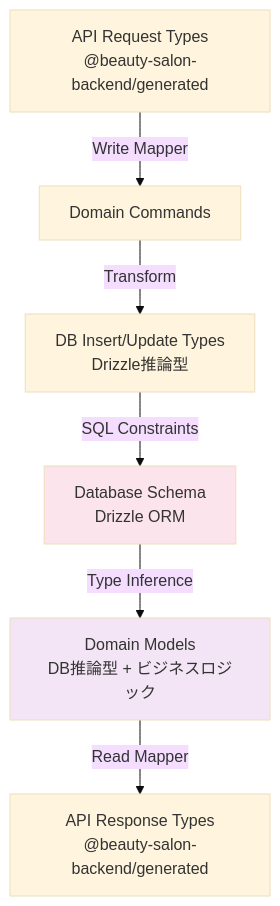
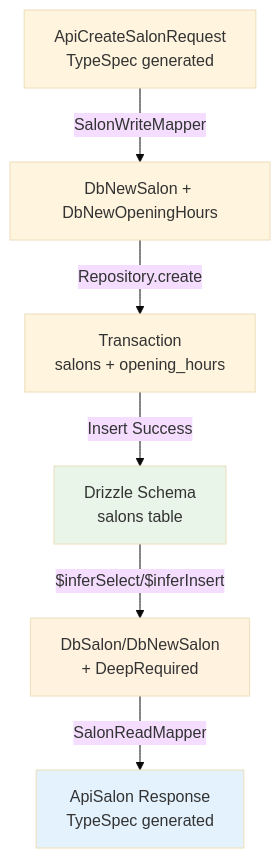
The diagram in docs/api-db-type-constraints-mapping.md (Higashi-Kota/typescript-backend-api-first-lesson), drawn with Mermaid (base theme) before and after one commit. The commit also changed other lines of this file and 322 other files, not shown here.

````diff
--- a/docs/api-db-type-constraints-mapping.md
+++ b/docs/api-db-type-constraints-mapping.md
@@ -34,12 +34,13 @@
 ```mermaid
 graph TD
-    A[Database Schema<br/>Drizzle ORM] -->|Type Inference| B[Domain Models<br/>DB推論型 + ビジネスロジック]
-    B -->|Read Mapper| C[API Response Types<br/>@beauty-salon-backend/generated]
+    A[Drizzle Schema<br/>salons table] -->|$inferSelect/$inferInsert| B[DbSalon/DbNewSalon<br/>+ DeepRequired]
+    B -->|SalonReadMapper| C[ApiSalon Response<br/>TypeSpec generated]
 
-    D[API Request Types<br/>@beauty-salon-backend/generated] -->|Write Mapper| E[Domain Commands]
-    E -->|Transform| F[DB Insert/Update Types<br/>Drizzle推論型]
-    F -->|SQL Constraints| A
+    D[ApiCreateSalonRequest<br/>TypeSpec generated] -->|SalonWriteMapper| E[DbNewSalon + DbNewOpeningHours]
+    E -->|Repository.create| F[Transaction<br/>salons + opening_hours]
+    F -->|Insert Success| A
 
-    style A fill:#fce4ec
-    style B fill:#f3e5f5
+    style A fill:#e8f5e8
+    style B fill:#fff3e0
+    style C fill:#e3f2fd
 ```
````
